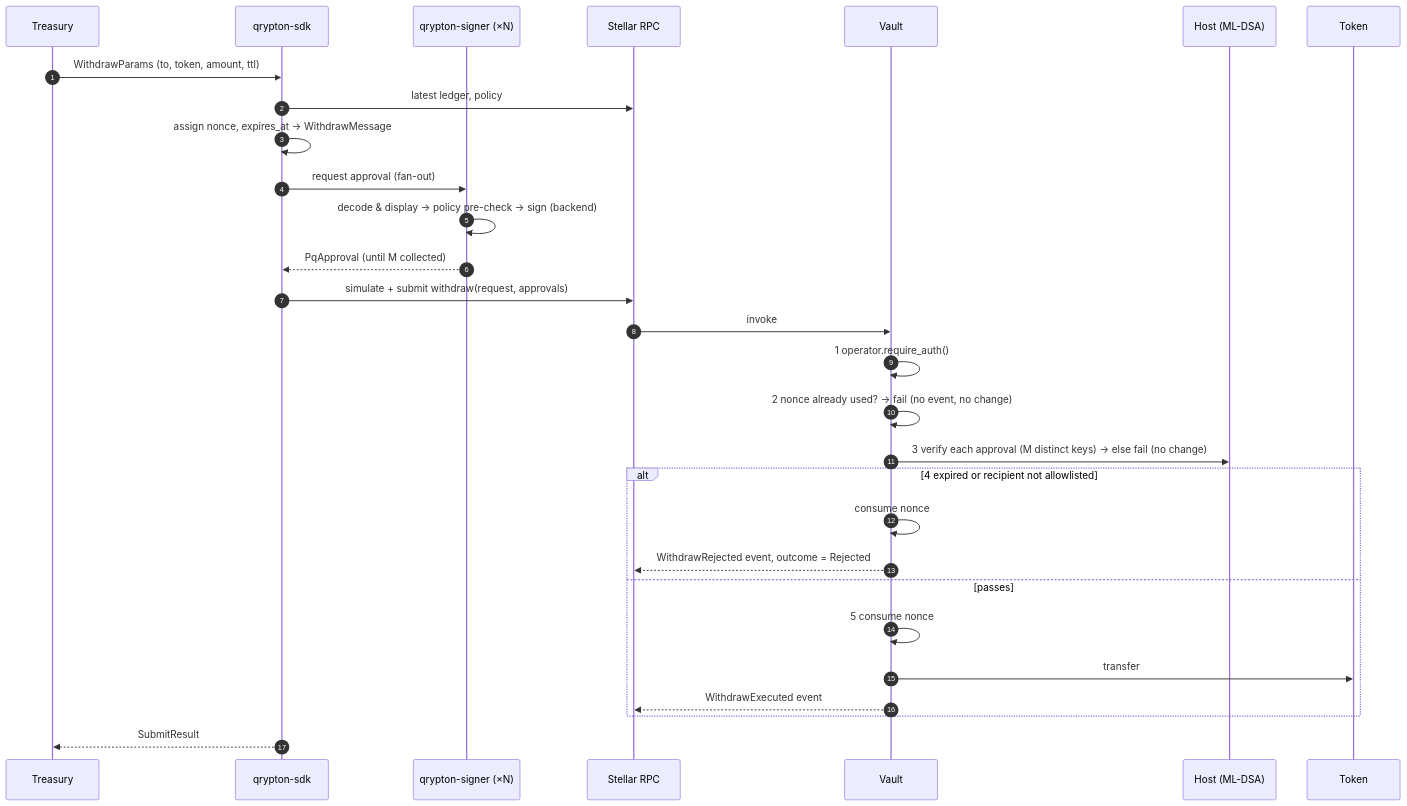
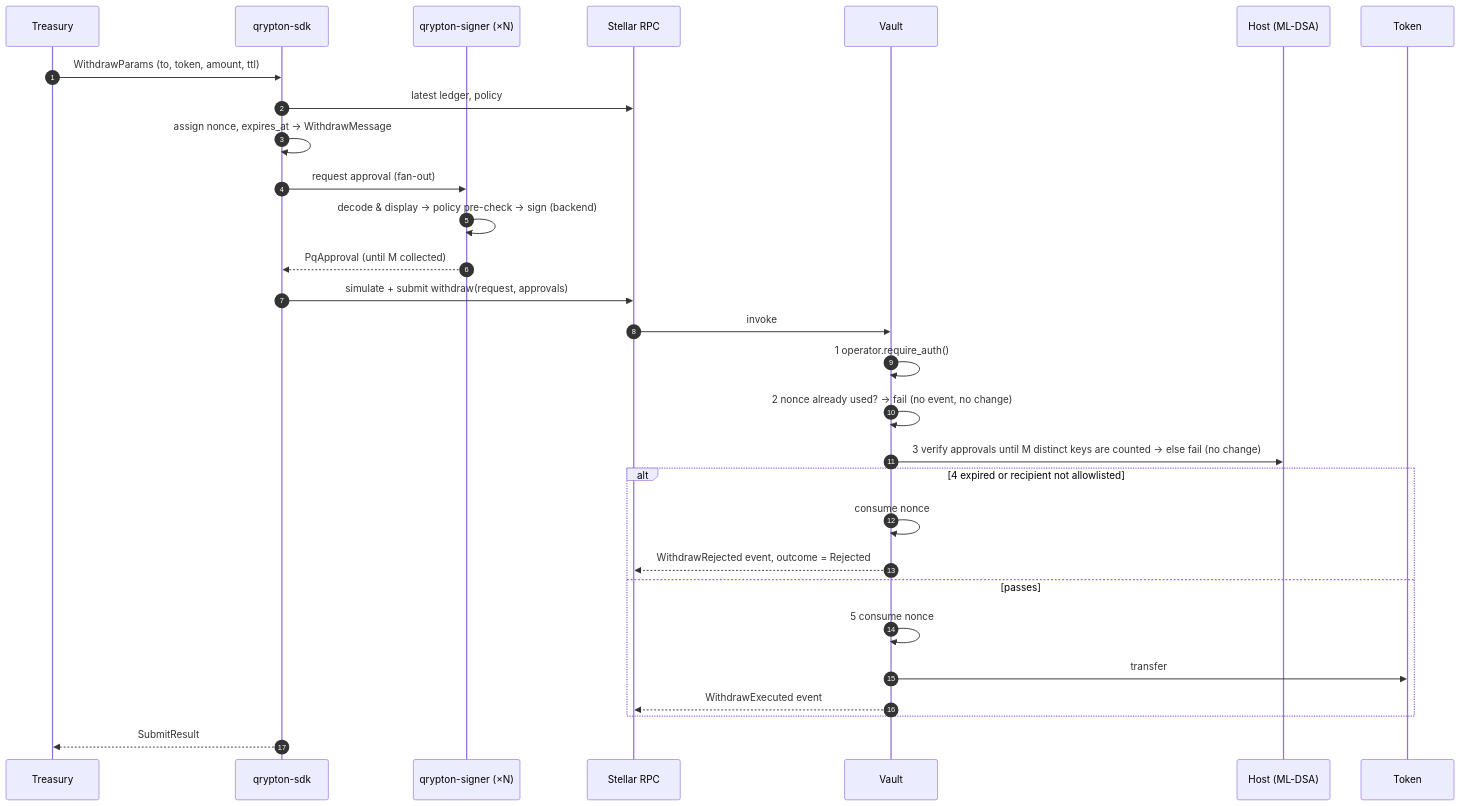
The second of 3 diagrams in docs/architecture.md (osdeniz/qrypton-vault), drawn with Mermaid before and after one commit. The commit also changed other lines of this file and 4 other files, not shown here.

````diff
--- a/docs/architecture.md
+++ b/docs/architecture.md
@@ -115,32 +115,32 @@
 ```mermaid
 sequenceDiagram
     autonumber
     participant Op as Treasury
     participant SDK as qrypton-sdk
     participant S as qrypton-signer (×N)
     participant RPC as Stellar RPC
     participant V as Vault
     participant H as Host (ML-DSA)
     participant T as Token
 
     Op->>SDK: WithdrawParams (to, token, amount, ttl)
     SDK->>RPC: latest ledger, policy
     SDK->>SDK: assign nonce, expires_at → WithdrawMessage
     SDK->>S: request approval (fan-out)
     S->>S: decode & display → policy pre-check → sign (backend)
     S-->>SDK: PqApproval (until M collected)
     SDK->>RPC: simulate + submit withdraw(request, approvals)
     RPC->>V: invoke
     V->>V: 1 operator.require_auth()
     V->>V: 2 nonce already used? → fail (no event, no change)
-    V->>H: 3 verify each approval (M distinct keys) → else fail (no change)
+    V->>H: 3 verify approvals until M distinct keys are counted → else fail (no change)
     alt 4 expired or recipient not allowlisted
         V->>V: consume nonce
         V-->>RPC: WithdrawRejected event, outcome = Rejected
     else passes
         V->>V: 5 consume nonce
         V->>T: transfer
         V-->>RPC: WithdrawExecuted event
     end
     SDK-->>Op: SubmitResult
 ```
````
